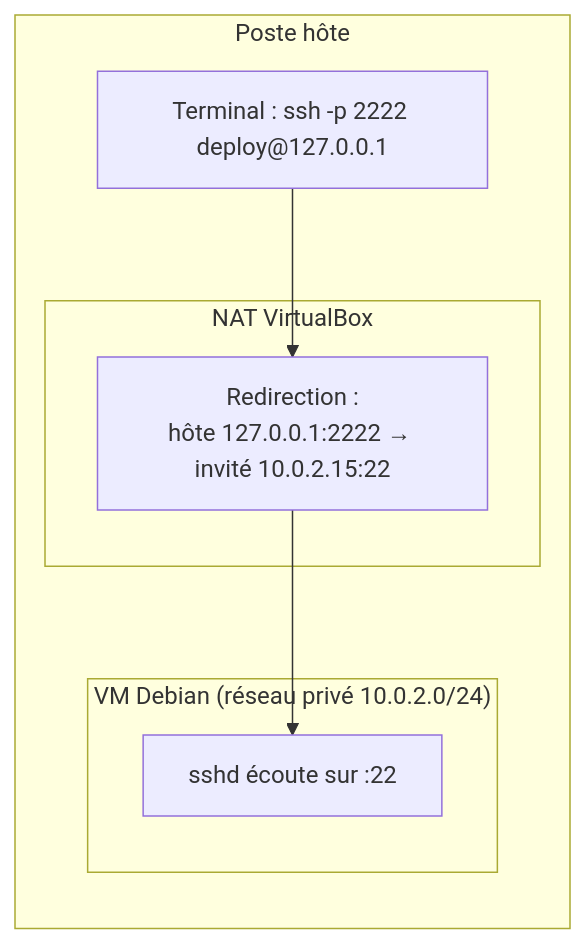
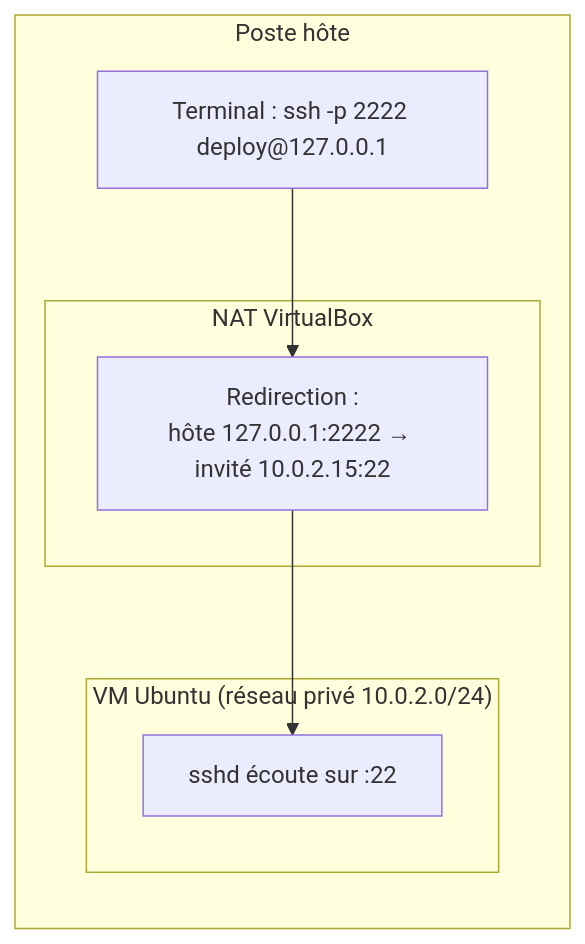
The second of 3 diagrams in docs/semestre1/bloc1/cours/03-reseau-deploiement.md (menraromial/ingenierie-deploiement), drawn with Mermaid before and after one commit. The commit also changed 11 other files, not shown here.

Commit message:
Bascule du Bloc 1 sur Ubuntu Server 24.04 LTS (installateur Subiquity, PostgreSQL 16), URL ISO et agrandissement de la timeline

````diff
--- a/docs/semestre1/bloc1/cours/03-reseau-deploiement.md
+++ b/docs/semestre1/bloc1/cours/03-reseau-deploiement.md
@@ -128,13 +128,13 @@
 ```mermaid
 flowchart LR
     subgraph Hote["Poste hôte"]
         T["Terminal : ssh -p 2222 deploy@127.0.0.1"]
         subgraph VBox["NAT VirtualBox"]
             R["Redirection :<br/>hôte 127.0.0.1:2222 → invité 10.0.2.15:22"]
         end
-        subgraph VM["VM Debian (réseau privé 10.0.2.0/24)"]
+        subgraph VM["VM Ubuntu (réseau privé 10.0.2.0/24)"]
             S["sshd écoute sur :22"]
         end
     end
     T --> R --> S
 ```
````
